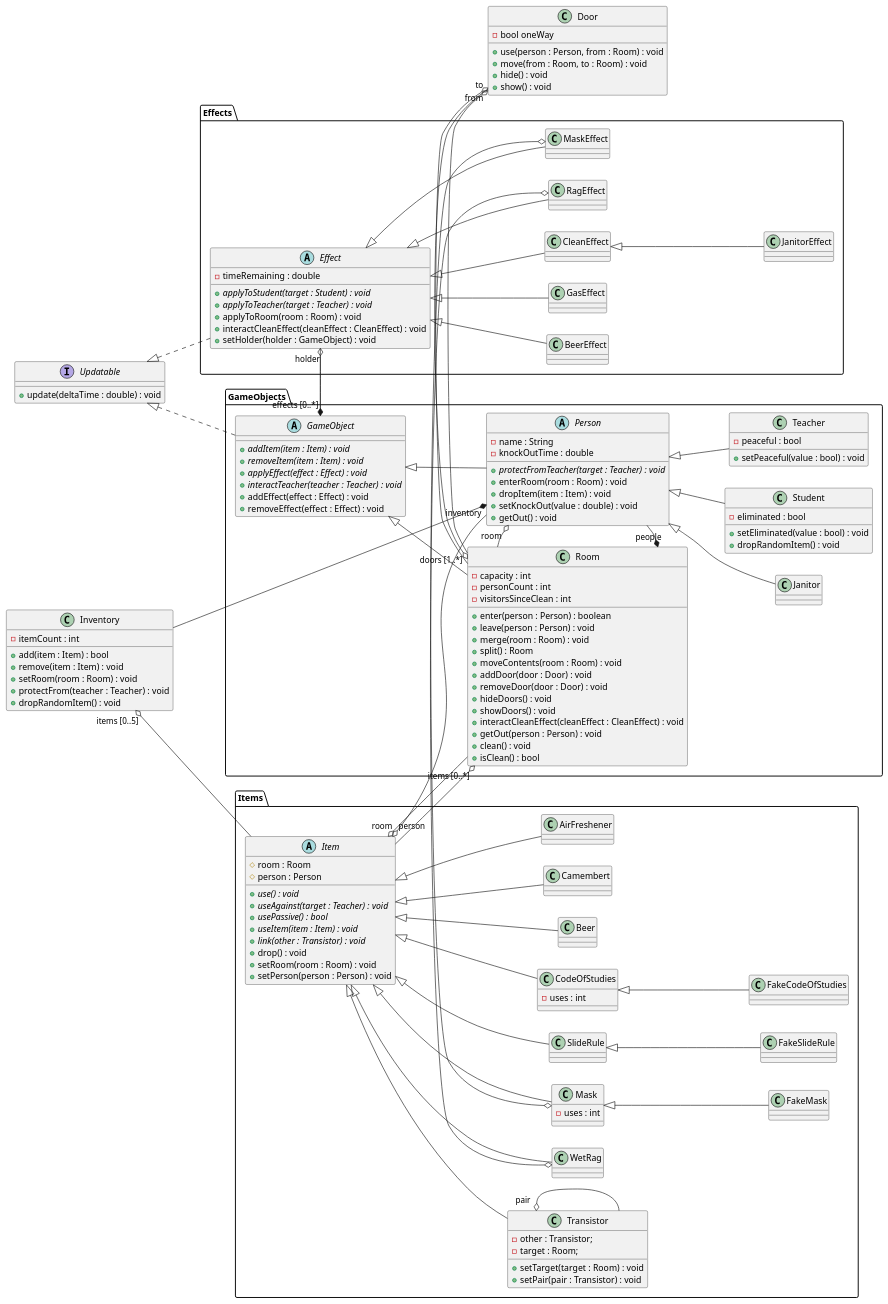
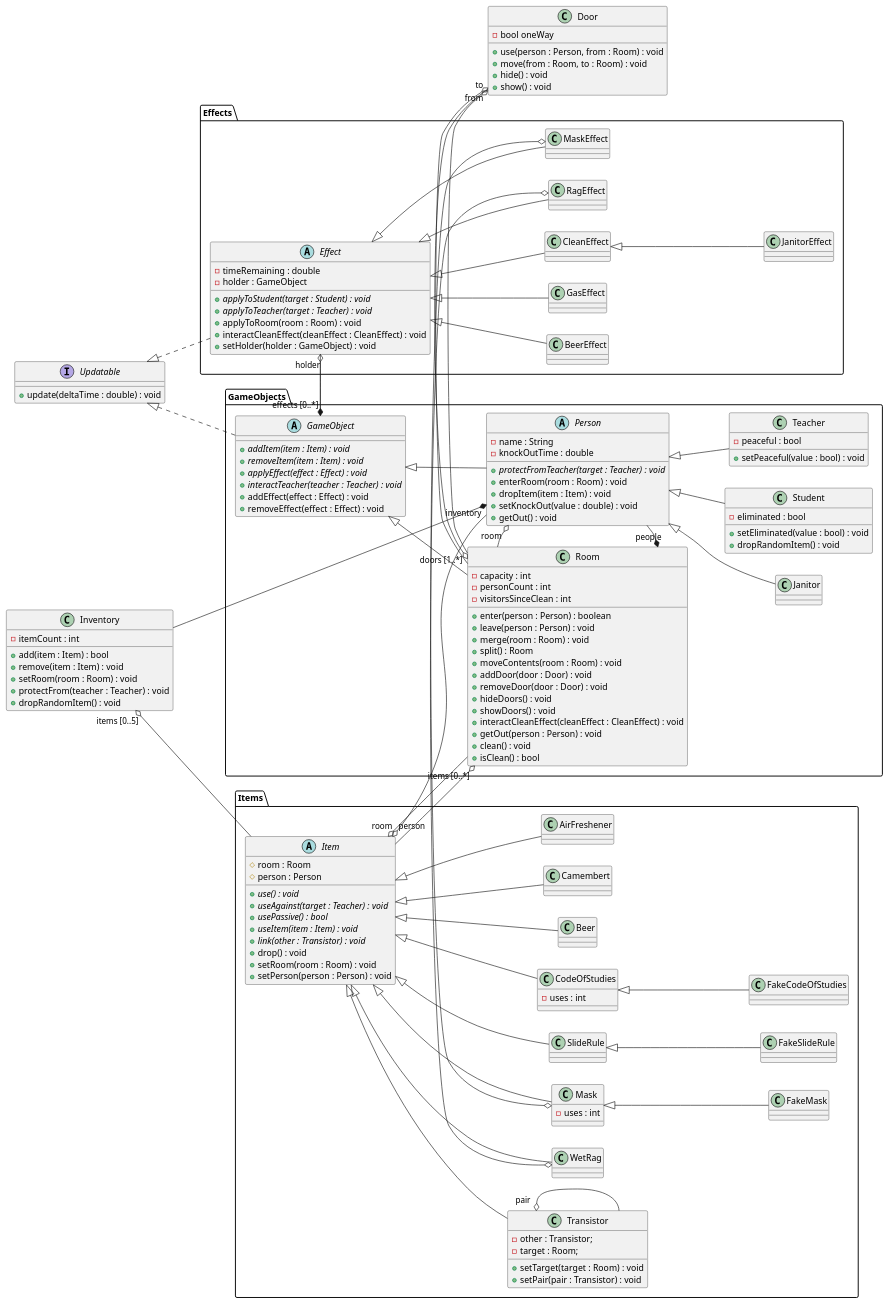
One commit to sn4k3ch4rm3r/logarlec changed the diagram in docs/diagrams/class/overview.puml. Above: the diagram before and after it, drawn with PlantUML. The commit also changed 1 other file, not shown here.

Commit message:
More class diagram changes

```diff
--- a/docs/diagrams/class/overview.puml
+++ b/docs/diagrams/class/overview.puml
@@ -1,192 +1,193 @@
 @startuml overview
 
 left to right direction
 
 interface Updatable {
 	+ update(deltaTime : double) : void
 }
 
 class Door {
 	- bool oneWay
 	+ use(person : Person, from : Room) : void
 	+ move(from : Room, to : Room) : void
 	+ hide() : void
 	+ show() : void
 }
 
 class Inventory {
 	- itemCount : int
 	+ add(item : Item) : bool
 	+ remove(item : Item) : void
 	+ setRoom(room : Room) : void
 	+ protectFrom(teacher : Teacher) : void
 	+ dropRandomItem() : void
 }
 
 package Items {
 	abstract Item {
 		# room : Room
 		# person : Person
 		+ {abstract} use() : void
 		+ {abstract} useAgainst(target : Teacher) : void
 		+ {abstract} usePassive() : bool
 		+ {abstract} useItem(item : Item) : void
 		+ {abstract} link(other : Transistor) : void
 		+ drop() : void
 		+ setRoom(room : Room) : void
 		+ setPerson(person : Person) : void	
 	}
 	
 	class SlideRule
 
 	class FakeSlideRule
 	
 	class Transistor {
 		- other : Transistor;
 		- target : Room;
 		+ setTarget(target : Room) : void
 		+ setPair(pair : Transistor) : void
 	}
 	
 	class CodeOfStudies {
 		- uses : int
 	}
 
 	class FakeCodeOfStudies
 
 	class Beer 
 	
 	class WetRag 
 	
 	class Mask {
 		- uses : int
 	}
 
 	class FakeMask
 
 	class Camembert
 
 	class AirFreshener
 
 	together {
 		Item <|-- SlideRule
 		Item <|-- Transistor
 		Item <|-- CodeOfStudies
 		Item <|-- Beer
 		Item <|-- WetRag
 		Item <|-- Mask
 		Item <|-- Camembert
 		Item <|-- AirFreshener
 		SlideRule <|-- FakeSlideRule
 		CodeOfStudies <|-- FakeCodeOfStudies
 		Mask <|-- FakeMask
 
 	}
 
 	Transistor "pair" o- Transistor
 }
 
 package Effects {
 	abstract Effect {
 		- timeRemaining : double
+		- holder : GameObject
 		+ {abstract} applyToStudent(target : Student) : void
 		+ {abstract} applyToTeacher(target : Teacher) : void
 		+ applyToRoom(room : Room) : void
 		+ interactCleanEffect(cleanEffect : CleanEffect) : void
 		+ setHolder(holder : GameObject) : void
 	}
 
 	class BeerEffect
 	class RagEffect
 	class GasEffect
 	class MaskEffect
 	class CleanEffect
 	class JanitorEffect
 
 	together {
 		Effect <|-- BeerEffect
 		Effect <|-- RagEffect
 		Effect <|-- GasEffect
 		Effect <|-- MaskEffect
 		Effect <|-- CleanEffect
 		CleanEffect <|-- JanitorEffect
 	}
 	
 	Updatable <|.- Effect
 }
 
 package GameObjects {
 	abstract GameObject {
 		+ {abstract} addItem(item : Item) : void
 		+ {abstract} removeItem(item : Item) : void
 		+ {abstract} applyEffect(effect : Effect) : void
 		+ {abstract} interactTeacher(teacher : Teacher) : void
 		+ addEffect(effect : Effect) : void
 		+ removeEffect(effect : Effect) : void
 	}
 
 	abstract Person {
 		- name : String
 		- knockOutTime : double
 		+ {abstract} protectFromTeacher(target : Teacher) : void
 		+ enterRoom(room : Room) : void
 		+ dropItem(item : Item) : void
 		+ setKnockOut(value : double) : void
 		+ getOut() : void
 	}
 
 	class Student {
 		- eliminated : bool
 		+ setEliminated(value : bool) : void
 		+ dropRandomItem() : void
 	}
 	class Teacher {
 		- peaceful : bool
 		+ setPeaceful(value : bool) : void
 	}
 	class Janitor
 
 	class Room {
 		- capacity : int
 		- personCount : int
 		- visitorsSinceClean : int
 		+ enter(person : Person) : boolean
 		+ leave(person : Person) : void
 		+ merge(room : Room) : void
 		+ split() : Room
 		+ moveContents(room : Room) : void
 		+ addDoor(door : Door) : void
 		+ removeDoor(door : Door) : void 
 		+ hideDoors() : void
 		+ showDoors() : void
 		+ interactCleanEffect(cleanEffect : CleanEffect) : void
 		+ getOut(person : Person) : void
 		+ clean() : void
 		+ isClean() : bool
 	}
 	
 	Updatable <|.- GameObject
 	GameObject <|-- Person
 	GameObject <|-- Room
 	Person <|-- Teacher
 	Person <|-- Student
 	Person <|-- Janitor
 
 	Room "people" *- Person
 	Person "room" o- Room
 	Room "doors [1..*]" o- Door
 	Person "inventory" *- Inventory
 	GameObject "effects [0..*]" *-- Effect
 	Room "items [0..*]" o-- Item
 }
 
 Door "from" o- Room
 Door "to" o- Room
 Inventory "items [0..5]" o-- Item
 Item "room" o-- Room
 Item "person" o-- Person
 Effect "holder" o-- GameObject
 
 WetRag o-o RagEffect
 Mask o-o MaskEffect
 @enduml
```
